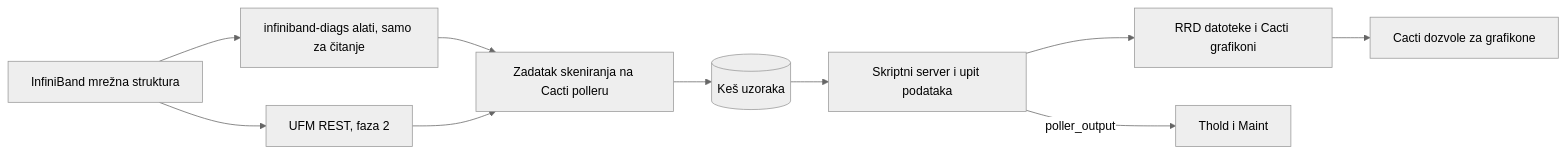
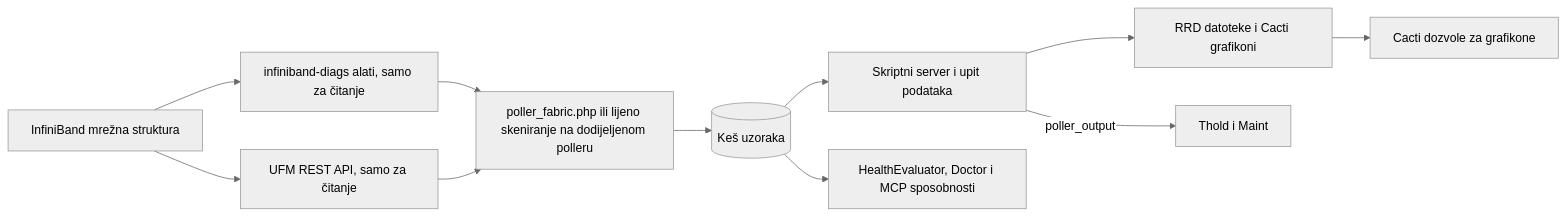
Before and after one commit to somethingwithproof/plugin_fabric: the diagram in docs/i18n/bs-BA/README.md, drawn with Mermaid (neutral theme). The commit also changed other lines of this file and 48 other files, not shown here.

````diff
--- a/docs/i18n/bs-BA/README.md
+++ b/docs/i18n/bs-BA/README.md
@@ -92,12 +132,13 @@
 ```mermaid
 flowchart LR
-    F[InfiniBand mrežna struktura] --> T[infiniband-diags alati, samo za čitanje]
-    F --> U[UFM REST, faza 2]
-    T --> S[Zadatak skeniranja na Cacti polleru]
+    F["InfiniBand mrežna struktura"] --> T["infiniband-diags alati, samo za čitanje"]
+    F --> U["UFM REST API, samo za čitanje"]
+    T --> S["poller_fabric.php ili lijeno skeniranje na dodijeljenom polleru"]
     U --> S
-    S --> C[(Keš uzoraka)]
-    C --> SS[Skriptni server i upit podataka]
-    SS --> R[RRD datoteke i Cacti grafikoni]
-    SS -->|poller_output| TH[Thold i Maint]
-    R --> P[Cacti dozvole za grafikone]
+    S --> C[("Keš uzoraka")]
+    C --> SS["Skriptni server i upit podataka"]
+    SS --> R["RRD datoteke i Cacti grafikoni"]
+    SS -->|poller_output| TH["Thold i Maint"]
+    C --> H["HealthEvaluator, Doctor i MCP sposobnosti"]
+    R --> P["Cacti dozvole za grafikone"]
 ```
````
